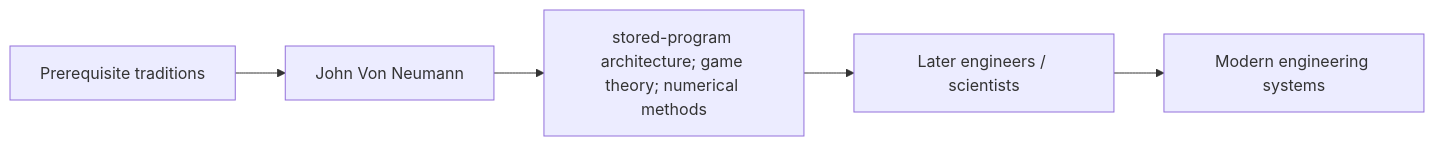
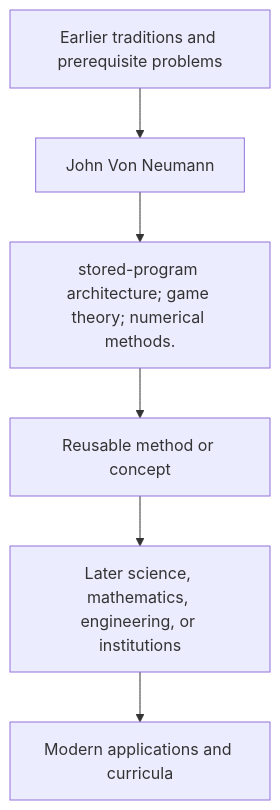
One commit to via-decide/ViaLogic changed the diagram in docs/history/john-von-neumann/influence.md. Above: the diagram before and after it, drawn with Mermaid. The commit also changed other lines of this file and 858 other files, not shown here.

````diff
--- a/docs/history/john-von-neumann/influence.md
+++ b/docs/history/john-von-neumann/influence.md
@@ -29,7 +16,8 @@
 ```mermaid
-graph LR
-  prerequisites["Prerequisite traditions"] --> current["John Von Neumann"]
-  current --> contribution["stored-program architecture; game theory; numerical methods"]
-  contribution --> successors["Later engineers / scientists"]
-  successors --> modern["Modern engineering systems"]
+graph TD
+  Prior[Earlier traditions and prerequisite problems] --> Person[John Von Neumann]
+  Person --> Contribution[stored-program architecture; game theory; numerical methods.]
+  Contribution --> Method[Reusable method or concept]
+  Method --> Later[Later science, mathematics, engineering, or institutions]
+  Later --> Modern[Modern applications and curricula]
 ```
````
